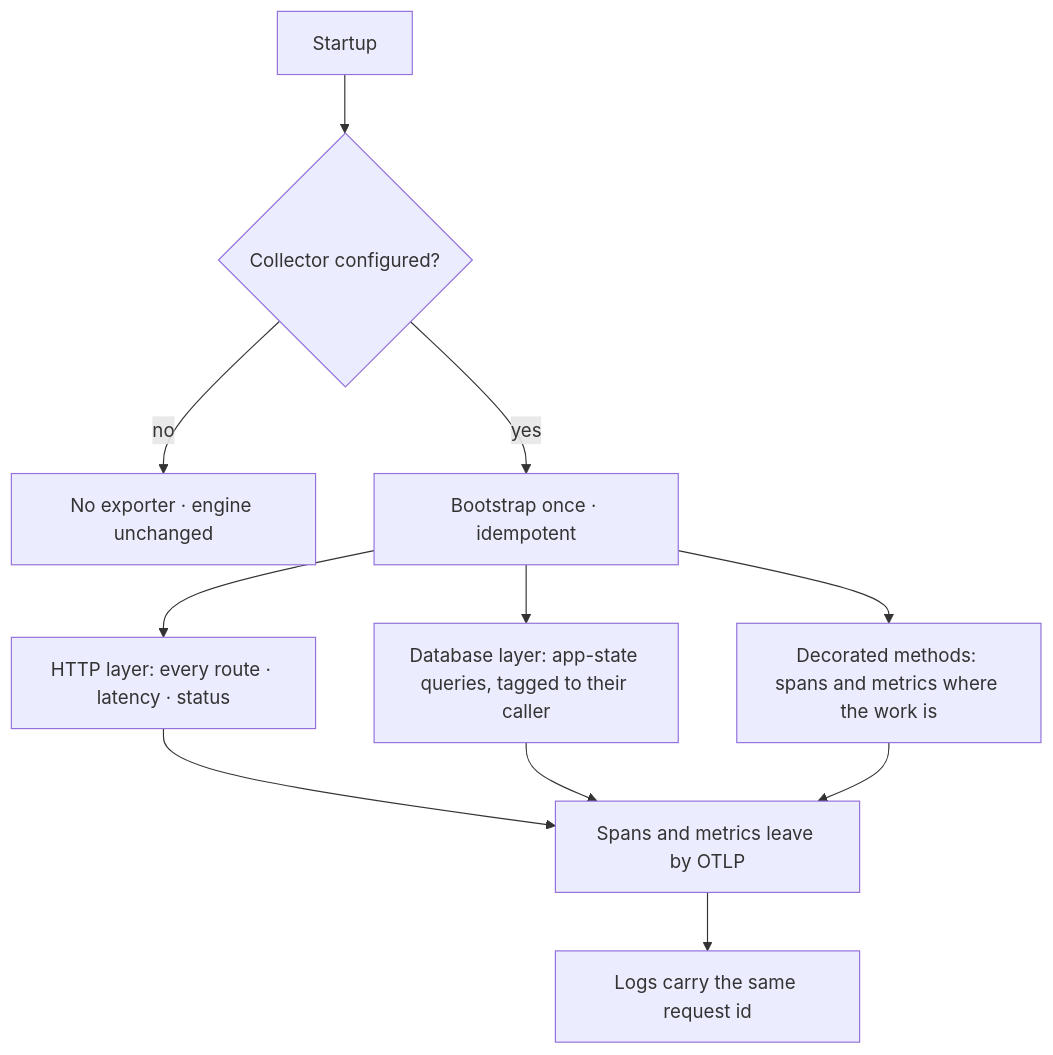
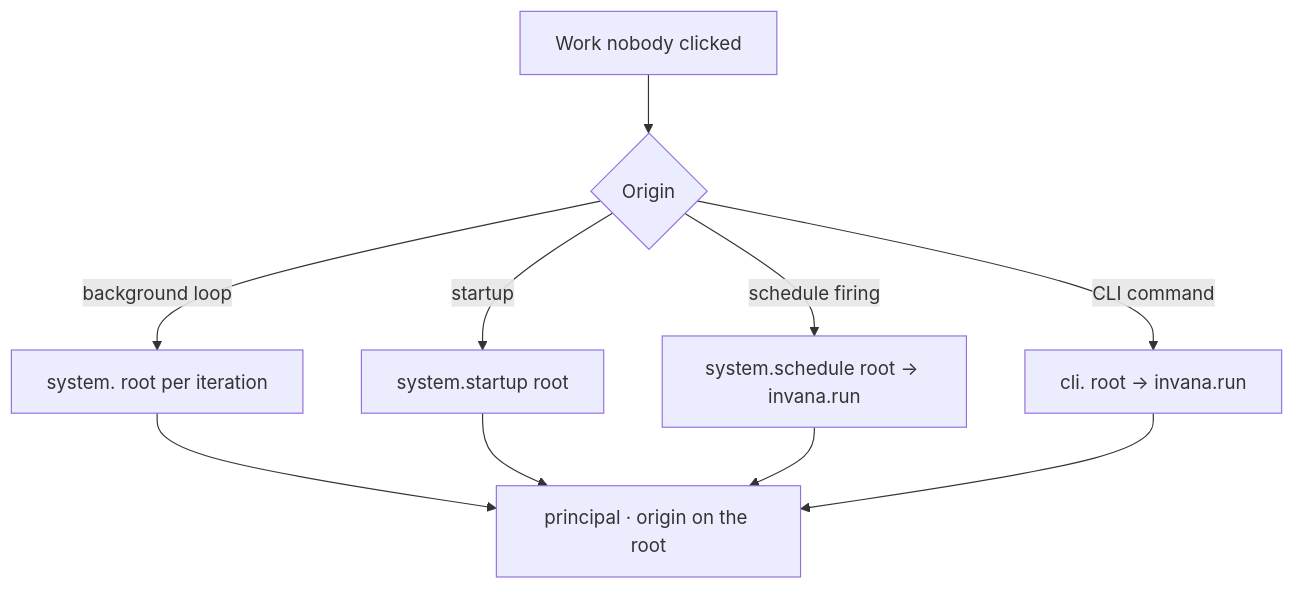
One commit to invana/invana changed the second of 2 diagrams in docs/for-developers/modules/platform/features/telemetry.md. Above: the diagram before and after it, drawn with Mermaid. The commit also changed other lines of this file and 4 other files, not shown here.

First line of the commit message:
docs: traces, metrics and logs for everything, Studio to engine (13.5 · 13.4 — T0)

````diff
--- a/docs/for-developers/modules/platform/features/telemetry.md
+++ b/docs/for-developers/modules/platform/features/telemetry.md
@@ -31,13 +68,12 @@
 ```mermaid
 flowchart TD
-    A[Startup] --> B{Collector configured?}
-    B -->|no| C[No exporter · engine unchanged]
-    B -->|yes| D[Bootstrap once · idempotent]
-    D --> E[HTTP layer: every route · latency · status]
-    D --> F[Database layer: app-state queries, tagged to their caller]
-    D --> G[Decorated methods: spans and metrics where the work is]
-    E --> H[Spans and metrics leave by OTLP]
-    F --> H
-    G --> H
-    H --> I[Logs carry the same request id]
+    A[Work nobody clicked] --> B{Origin}
+    B -->|background loop| C[system.<loop> root per iteration]
+    B -->|startup| D[system.startup root]
+    B -->|schedule firing| E[system.schedule root → invana.run]
+    B -->|CLI command| F[cli.<command> root → invana.run]
+    C --> G[principal · origin on the root]
+    D --> G
+    E --> G
+    F --> G
 ```
````
